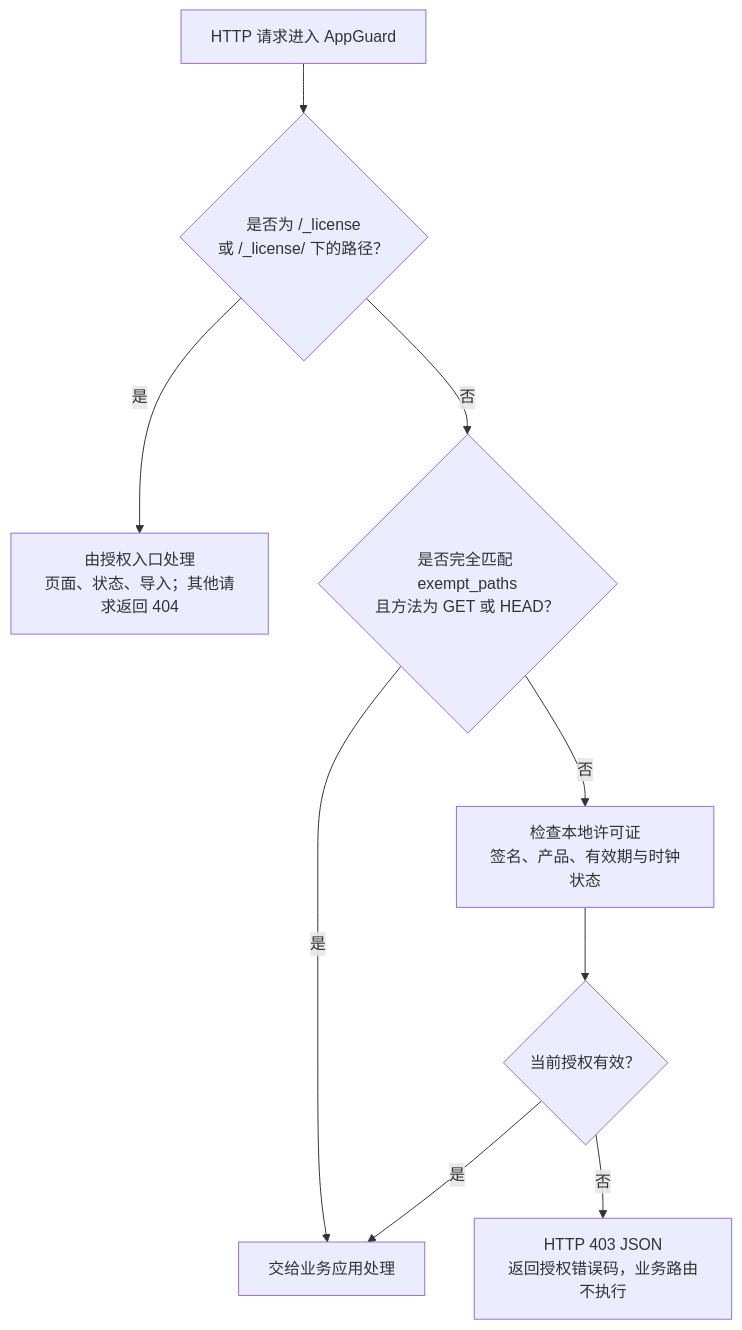
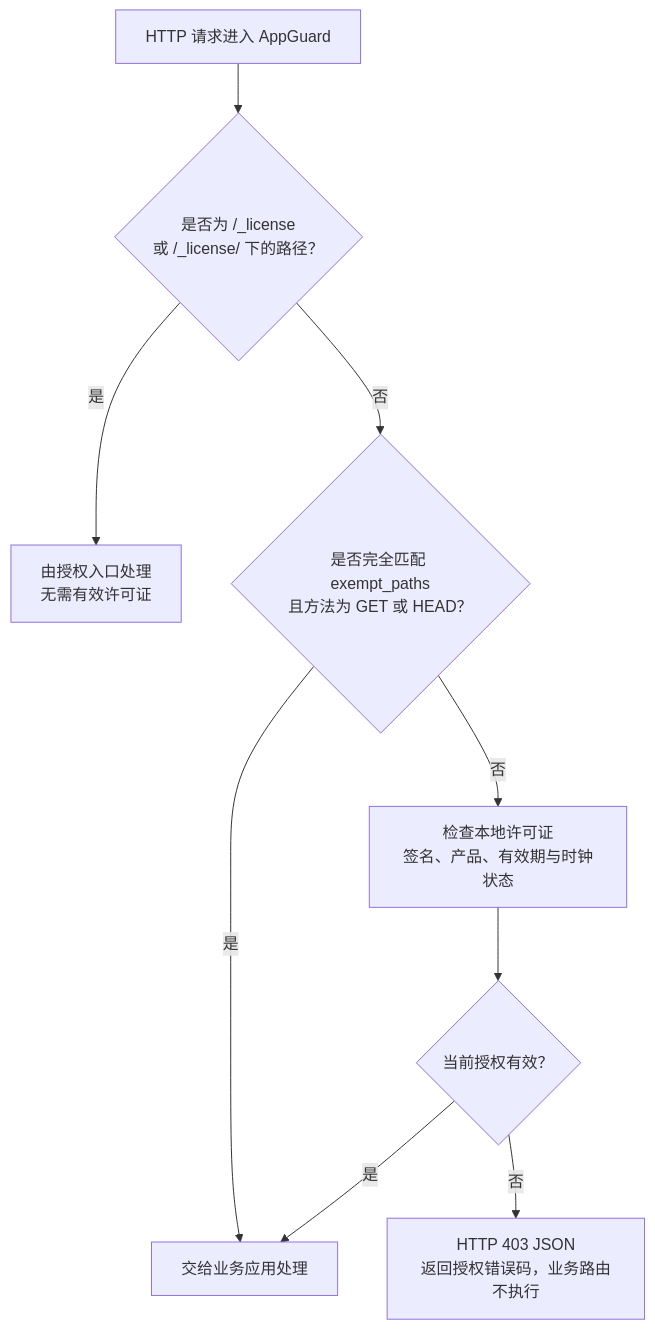
Before and after one commit to baiyang/AppGuard: the second of 2 diagrams in README.md, drawn with Mermaid. The commit also changed other lines of this file and 4 other files, not shown here.

````diff
--- a/README.md
+++ b/README.md
@@ -139,11 +123,11 @@
 ```mermaid
 flowchart TB
     request["HTTP 请求进入 AppGuard"] --> portal{"是否为 /_license<br/>或 /_license/ 下的路径？"}
-    portal -->|"是"| handle_portal["由授权入口处理<br/>页面、状态、导入；其他请求返回 404"]
+    portal -->|"是"| handle_portal["由授权入口处理<br/>无需有效许可证"]
     portal -->|"否"| health{"是否完全匹配 exempt_paths<br/>且方法为 GET 或 HEAD？"}
     health -->|"是"| business["交给业务应用处理"]
     health -->|"否"| validate["检查本地许可证<br/>签名、产品、有效期与时钟状态"]
     validate --> valid{"当前授权有效？"}
     valid -->|"是"| business
     valid -->|"否"| denied["HTTP 403 JSON<br/>返回授权错误码，业务路由不执行"]
 ```
````
